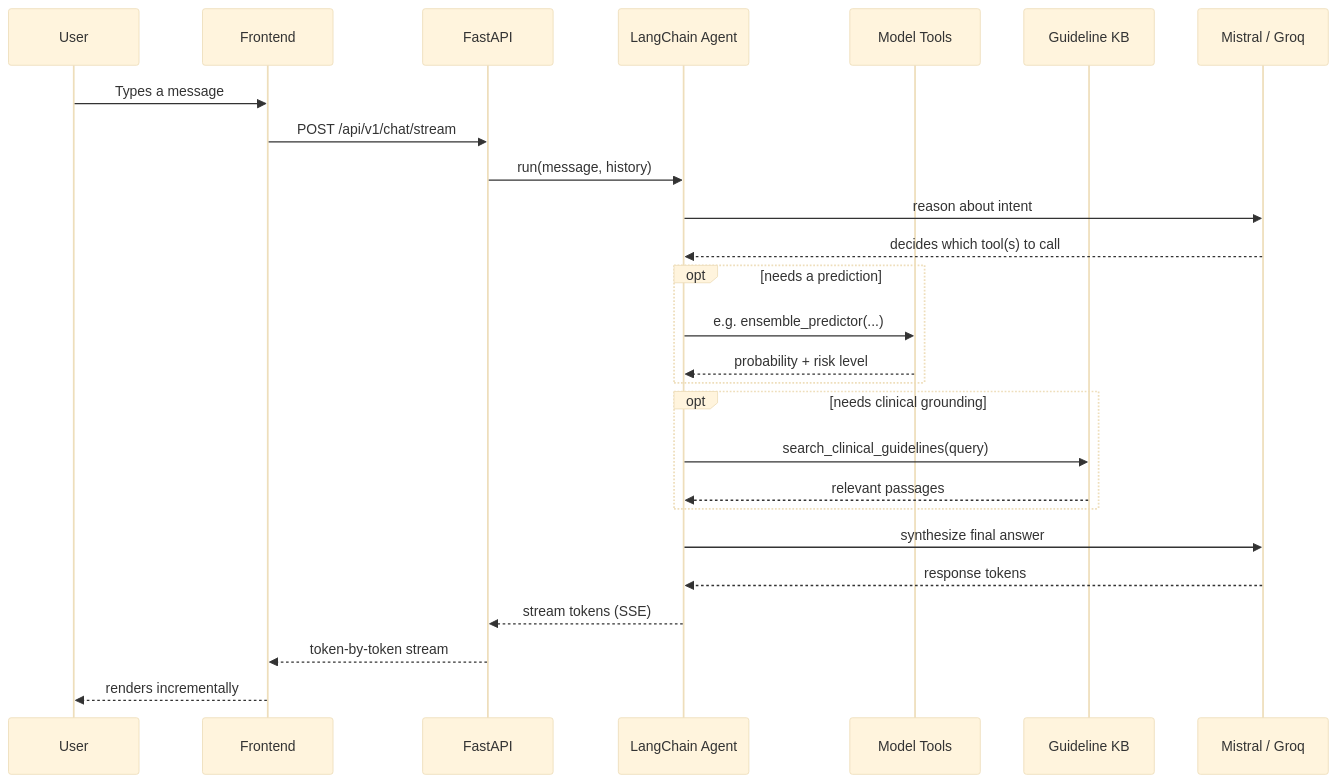
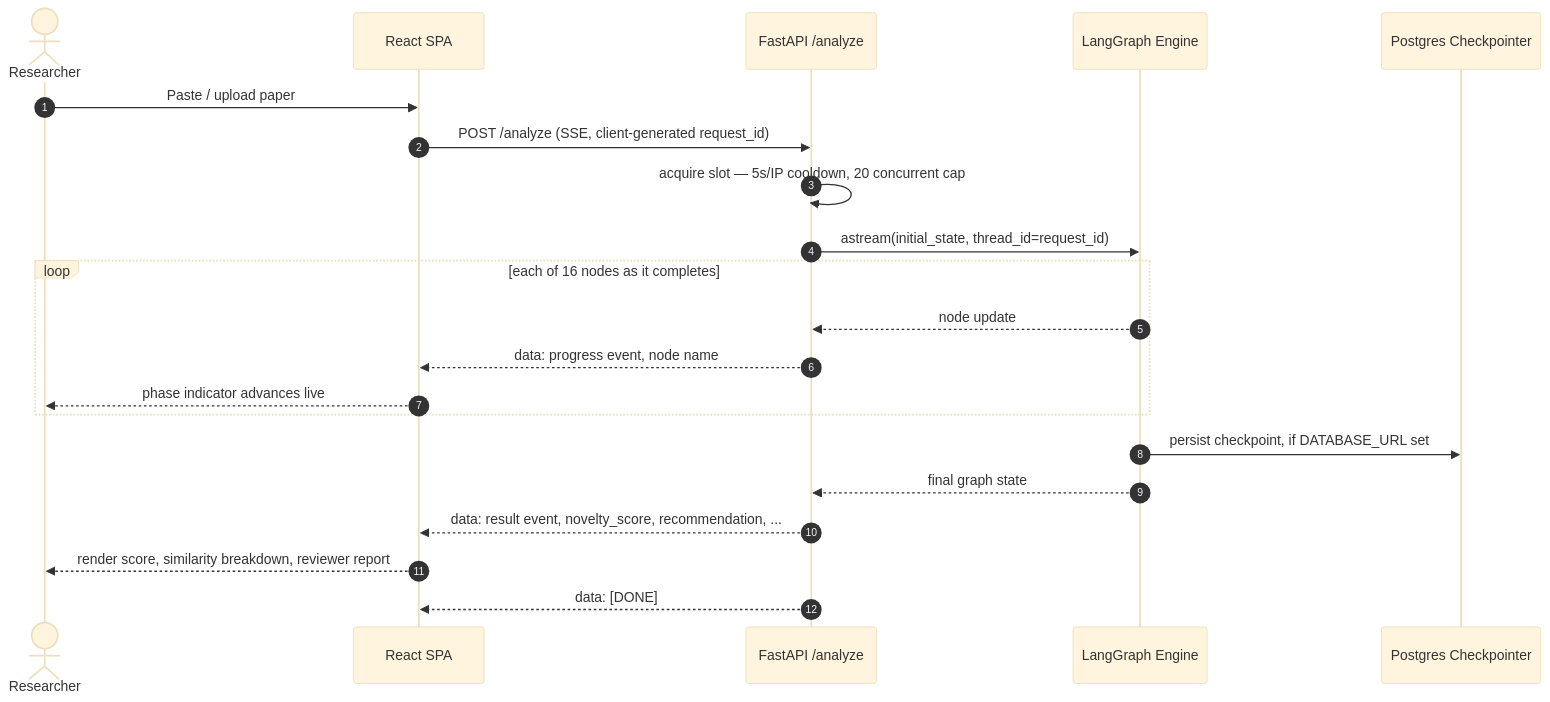
The fourth of 6 diagrams in README.md (RaGaS958/Marginal), drawn with Mermaid (base theme) before and after one commit. The commit also changed other lines of this file and 3 other files, not shown here.

````diff
--- a/README.md
+++ b/README.md
@@ -231,29 +291,24 @@
 ```mermaid
 sequenceDiagram
-    participant U as User
-    participant FE as Frontend
-    participant API as FastAPI
-    participant Agent as LangChain Agent
-    participant Tools as Model Tools
-    participant RAG as Guideline KB
-    participant LLM as Mistral / Groq
+    autonumber
+    actor U as Researcher
+    participant FE as React SPA
+    participant BE as FastAPI /analyze
+    participant LG as LangGraph Engine
+    participant DB as Postgres Checkpointer
 
-    U->>FE: Types a message
-    FE->>API: POST /api/v1/chat/stream
-    API->>Agent: run(message, history)
-    Agent->>LLM: reason about intent
-    LLM-->>Agent: decides which tool(s) to call
-    opt needs a prediction
-        Agent->>Tools: e.g. ensemble_predictor(...)
-        Tools-->>Agent: probability + risk level
+    U->>FE: Paste / upload paper
+    FE->>BE: POST /analyze (SSE, client-generated request_id)
+    BE->>BE: acquire slot — 5s/IP cooldown, 20 concurrent cap
+    BE->>LG: astream(initial_state, thread_id=request_id)
+    loop each of 16 nodes as it completes
+        LG-->>BE: node update
+        BE-->>FE: data: progress event, node name
+        FE-->>U: phase indicator advances live
     end
-    opt needs clinical grounding
-        Agent->>RAG: search_clinical_guidelines(query)
-        RAG-->>Agent: relevant passages
-    end
-    Agent->>LLM: synthesize final answer
-    LLM-->>Agent: response tokens
-    Agent-->>API: stream tokens (SSE)
-    API-->>FE: token-by-token stream
-    FE-->>U: renders incrementally
+    LG->>DB: persist checkpoint, if DATABASE_URL set
+    LG-->>BE: final graph state
+    BE-->>FE: data: result event, novelty_score, recommendation, ...
+    FE-->>U: render score, similarity breakdown, reviewer report
+    BE-->>FE: data: [DONE]
 ```
````
